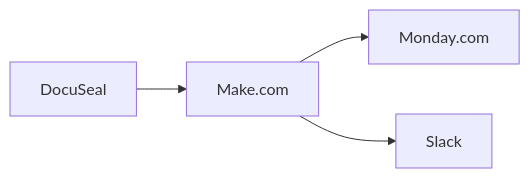
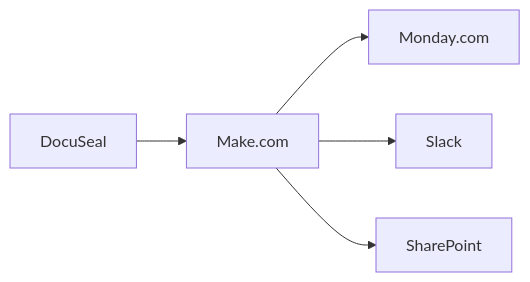
Diagram 11 of 11 in knowledge/01_RSFA_SYSTEM_MAP.md (ElLeonITWizard/rsfa-technical-knowledge), drawn with Mermaid before and after one commit. The commit also changed other lines of this file and 6 other files, not shown here.

First line of the commit message:
docs: document DocuSeal SharePoint filing and production status

````diff
--- a/knowledge/01_RSFA_SYSTEM_MAP.md
+++ b/knowledge/01_RSFA_SYSTEM_MAP.md
@@ -1165,11 +1165,14 @@
 ```mermaid
 flowchart LR
     DocuSeal[DocuSeal]
     Make[Make.com]
     Monday[Monday.com]
     Slack[Slack]
 
+    SharePoint[SharePoint]
+
     DocuSeal --> Make
     Make --> Monday
     Make --> Slack
+    Make --> SharePoint
 ```
````
